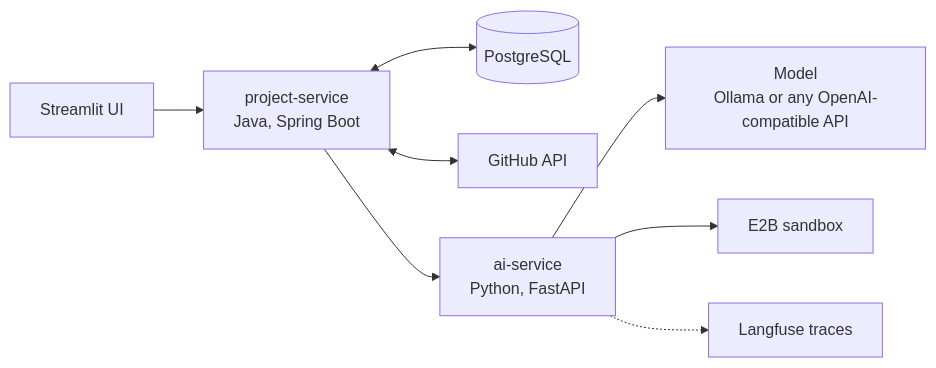
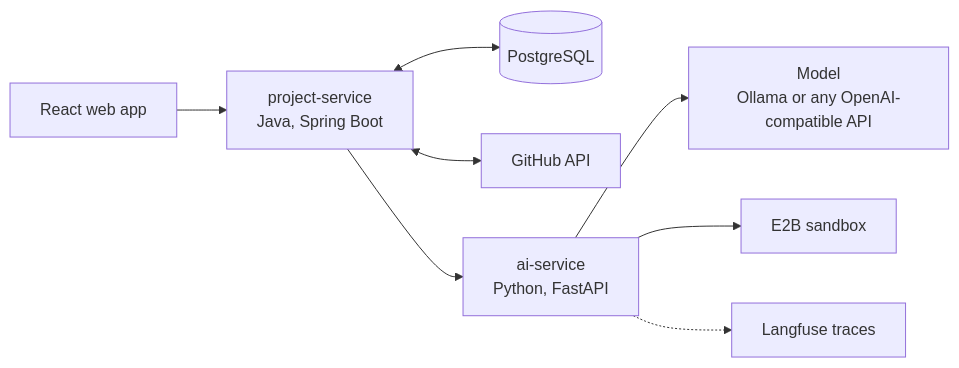
The diagram in README.md (priyanshujhagithub/ForgeAI), drawn with Mermaid before and after one commit. The commit also changed other lines of this file and 70 other files, not shown here.

First line of the commit message:
Add React web app

````diff
--- a/README.md
+++ b/README.md
@@ -11,10 +11,10 @@
 ```mermaid
 flowchart LR
-    UI[Streamlit UI] --> J[project-service<br/>Java, Spring Boot]
+    UI[React web app] --> J[project-service<br/>Java, Spring Boot]
     J <--> DB[(PostgreSQL)]
     J <--> GH[GitHub API]
     J --> P[ai-service<br/>Python, FastAPI]
     P --> M[Model<br/>Ollama or any OpenAI-compatible API]
     P --> S[E2B sandbox]
     P -.-> L[Langfuse traces]
 ```
````
